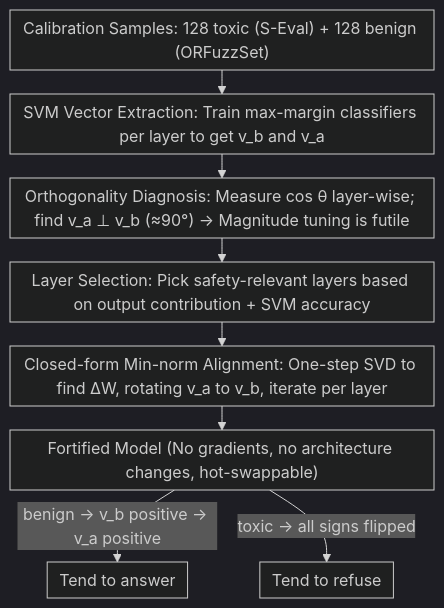
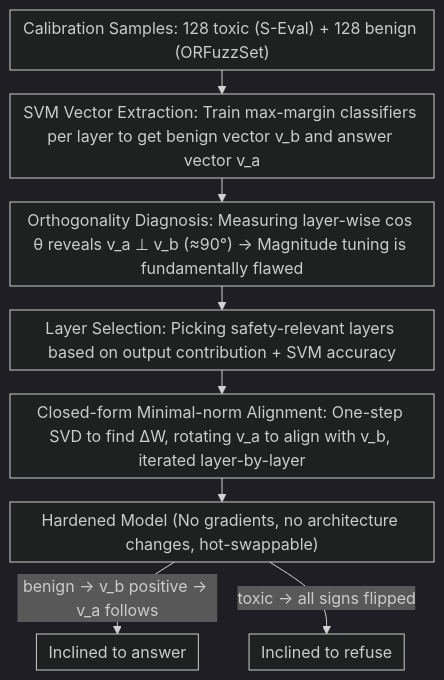
Before and after one commit to zhaoyang97/Paper-Notes-en: the diagram in docs/ACL2026/llm_safety/llm-va_resolving_the_jailbreak-overrefusal_trade-off_via_vector_alignment.md, drawn with Mermaid (dark theme). The commit also changed other lines of this file and 5084 other files, not shown here.

````diff
--- a/docs/ACL2026/llm_safety/llm-va_resolving_the_jailbreak-overrefusal_trade-off_via_vector_alignment.md
+++ b/docs/ACL2026/llm_safety/llm-va_resolving_the_jailbreak-overrefusal_trade-off_via_vector_alignment.md
@@ -50,11 +50,11 @@
 ```mermaid
 %%{init: {'flowchart': {'rankSpacing': 24, 'nodeSpacing': 28, 'padding': 6, 'wrappingWidth': 400}}}%%
 flowchart TD
-    A["Calibration Samples: 128 toxic (S-Eval) + 128 benign (ORFuzzSet)"] --> B["SVM Vector Extraction: Train max-margin classifiers per layer to get v_b and v_a"]
-    B --> C["Orthogonality Diagnosis: Measure cos θ layer-wise; find v_a ⊥ v_b (≈90°) → Magnitude tuning is futile"]
-    C --> D["Layer Selection: Pick safety-relevant layers based on output contribution + SVM accuracy"]
-    D --> E["Closed-form Min-norm Alignment: One-step SVD to find ΔW, rotating v_a to v_b, iterate per layer"]
-    E --> F["Fortified Model (No gradients, no architecture changes, hot-swappable)"]
-    F -->|"benign → v_b positive → v_a positive"| G["Tend to answer"]
-    F -->|"toxic → all signs flipped"| H["Tend to refuse"]
+    A["Calibration Samples: 128 toxic (S-Eval) + 128 benign (ORFuzzSet)"] --> B["SVM Vector Extraction: Train max-margin classifiers per layer to get benign vector v_b and answer vector v_a"]
+    B --> C["Orthogonality Diagnosis: Measuring layer-wise cos θ reveals v_a ⊥ v_b (≈90°) → Magnitude tuning is fundamentally flawed"]
+    C --> D["Layer Selection: Picking safety-relevant layers based on output contribution + SVM accuracy"]
+    D --> E["Closed-form Minimal-norm Alignment: One-step SVD to find ΔW, rotating v_a to align with v_b, iterated layer-by-layer"]
+    E --> F["Hardened Model (No gradients, no architecture changes, hot-swappable)"]
+    F -->|"benign → v_b positive → v_a follows"| G["Inclined to answer"]
+    F -->|"toxic → all signs flipped"| H["Inclined to refuse"]
 ```
````
